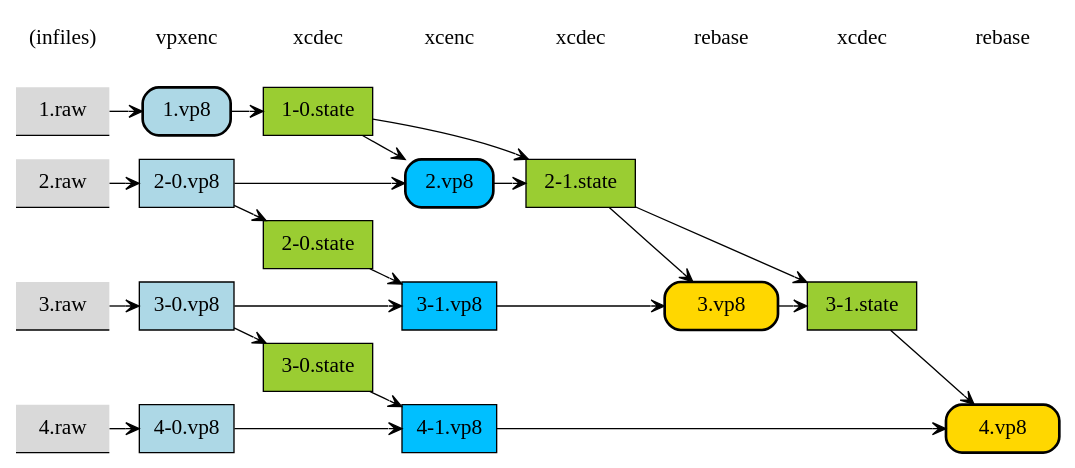
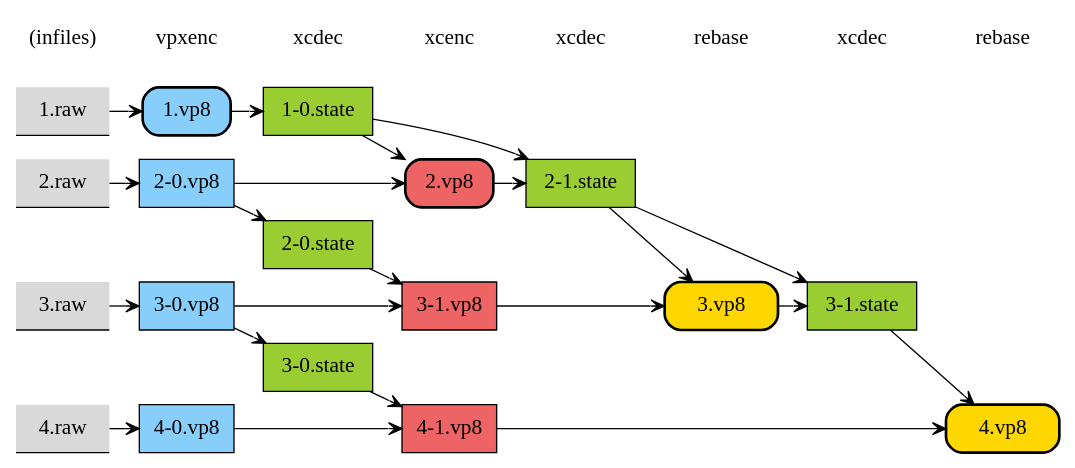
The diagram in excamera/excamera.dot (sadjad/gg-paper-graphs), drawn with Graphviz before and after one commit. The commit also changed 1 other file, not shown here.

```diff
--- a/excamera/excamera.dot
+++ b/excamera/excamera.dot
@@ -1,77 +1,77 @@
 digraph ExCamera {
 rankdir=LR;
 overlap = true;
 splines = true;
 ranksep = 0.3;
 
 edge [arrowhead=vee,arowsize=0.8,fontname="SF Mono"];
 node [shape=box,fontname="SF Mono",fontsize=16];
 
 {node [shape=underline,style="rounded,filled",fillcolor=gray85,color=black,margin="0.2,0.1"] "1.raw" "2.raw" "3.raw" "4.raw"}
 
-{node [style=filled,fillcolor=lightblue] " 1.vp8 " "2-0.vp8" "3-0.vp8" "4-0.vp8"}
+{node [style=filled,fillcolor=lightskyblue] " 1.vp8 " "2-0.vp8" "3-0.vp8" "4-0.vp8"}
 {node [style=filled,fillcolor=olivedrab3] "1-0.state" "2-0.state" "3-0.state" "2-1.state" "3-1.state"}
-{node [style=filled,fillcolor=deepskyblue] " 2.vp8 ", "3-1.vp8" "4-1.vp8"}
+{node [style=filled,fillcolor=indianred2] " 2.vp8 ", "3-1.vp8" "4-1.vp8"}
 {node [style=filled,fillcolor=gold] "3.vp8" "4.vp8"}
 
 "(infiles)" [shape=none,fontsize=16,fontname="SF Mono"];
 "vpxenc" [shape=none,fontsize=16,fontname="SF Mono"];
 "xcdec"  [shape=none,fontsize=16,fontname="SF Mono"];
 "xcenc"  [shape=none,fontsize=16,fontname="SF Mono"];
 "xcdec2" [label="xcdec",shape=none,fontsize=16,fontname="SF Mono"];
 "xcdec3" [label="xcdec",shape=none,fontsize=16,fontname="SF Mono"];
 "rebase" [shape=none,fontsize=16,fontname="SF Mono"];
 "rebase2" [label="rebase",shape=none,fontsize=16,fontname="SF Mono"];
 
 "(infiles)" -> vpxenc [weight=5,style=invis]
 xcdec -> xcenc [weight=5,style=invis];
 xcenc -> xcdec2 [weight=5,style=invis];
 xcdec2 -> rebase [weight=5,style=invis];
 rebase -> xcdec3 [weight=5,style=invis];
 xcdec3 -> rebase2 [weight=5,style=invis];
 
 {rank = source; "1.raw" "2.raw" "3.raw" "4.raw" "(infiles)"}
 {rank = same; "2-0.vp8" "3-0.vp8" "4-0.vp8", "vpxenc"}
 {rank = same; "2-0.state" "3-0.state" "1-0.state", "xcdec"}
 {rank = same; " 2.vp8 " "3-1.vp8" "4-1.vp8" "xcenc"}
 //{rank = same; "2-1.state" "3.vp8"}
 //{rank = same; "3-1.state" "4.vp8"}
 
 "3.vp8" [penwidth=2,style="filled,rounded",shape=box,margin="0.3,0.1"]
 "4.vp8" [penwidth=2,style="filled,rounded",shape=box,margin="0.3,0.1"]
 " 2.vp8 " [penwidth=2,style="filled,rounded",shape=box]
 " 1.vp8 " [penwidth=2,style="filled,rounded",shape=box]
 
 
 "1.raw" -> " 1.vp8 ";
 "2.raw" -> "2-0.vp8";
 "3.raw" -> "3-0.vp8";
 "4.raw" -> "4-0.vp8";
 
 " 1.vp8 " -> "1-0.state" [weight=7];
 "2-0.vp8" -> "2-0.state";
 "3-0.vp8" -> "3-0.state";
 //"4-0.vp8" -> "4-0.state";
 
 "2-0.vp8" -> " 2.vp8 " [weight=8];
 "1-0.state" -> " 2.vp8 ";
 
 "3-0.vp8" -> "3-1.vp8" [weight=9];
 "2-0.state" -> "3-1.vp8";
 
 "4-0.vp8" -> "4-1.vp8" [weight=10];
 "3-0.state" -> "4-1.vp8";
 
 " 2.vp8 " -> "2-1.state" [weight=7];
 "1-0.state" -> "2-1.state";
 
 "3-1.vp8" -> "3.vp8" [weight=9];
 "2-1.state" -> "3.vp8";
 
 "3.vp8" -> "3-1.state";
 "2-1.state" -> "3-1.state";
 
 "4-1.vp8" -> "4.vp8" [weight=10];
 "3-1.state" -> "4.vp8";
 
 }
```
